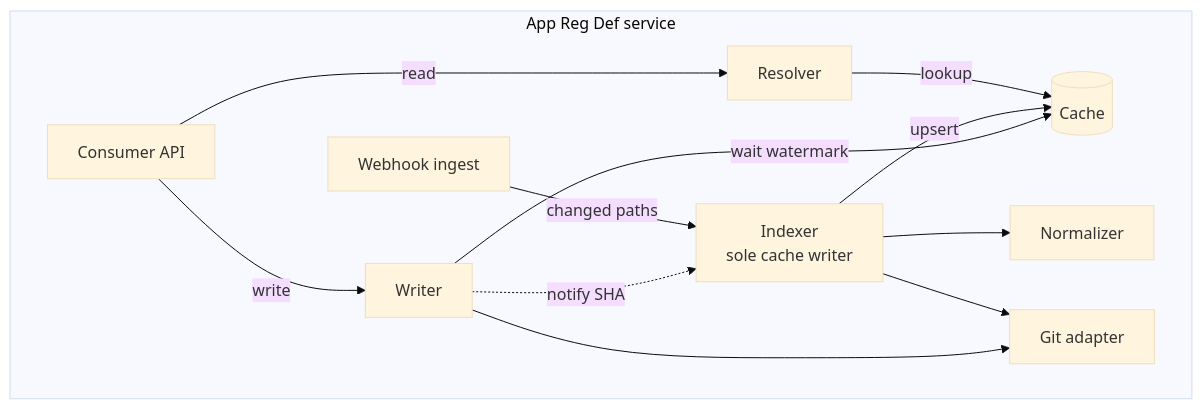
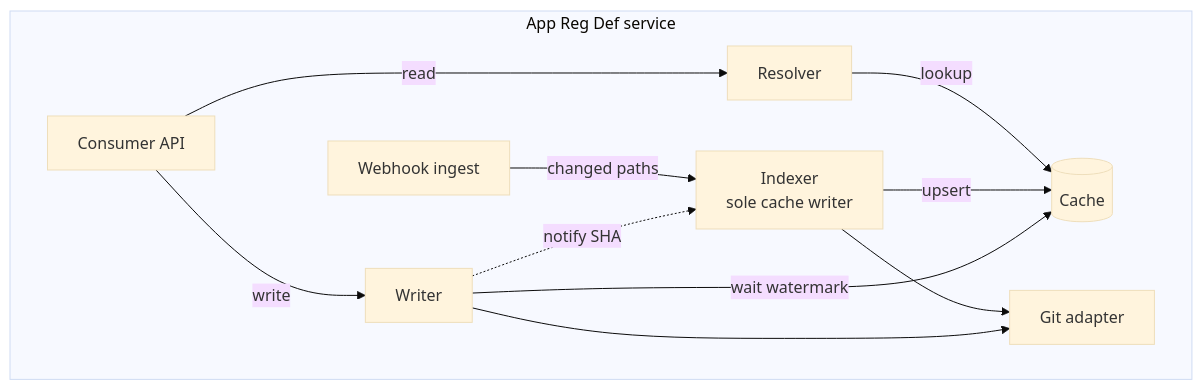
Before and after one commit to Netcracker/qubership-envgene: the second of 5 diagrams in docs/analysis/app-reg-def-service/design/architecture.md, drawn with Mermaid (base theme). The commit also changed other lines of this file and 1 other file, not shown here.

````diff
--- a/docs/analysis/app-reg-def-service/design/architecture.md
+++ b/docs/analysis/app-reg-def-service/design/architecture.md
@@ -31,23 +31,21 @@
 ```mermaid
 flowchart TB
   subgraph svc["App Reg Def service"]
     api["Consumer API"]
     wh["Webhook ingest"]
     resolver["Resolver"]
     cache[("Cache")]
     indexer["Indexer<br/>sole cache writer"]
     writer["Writer"]
-    norm["Normalizer"]
     gitad["Git adapter"]
   end
   api -->|read| resolver
   resolver -->|lookup| cache
   api -->|write| writer
   wh -->|changed paths| indexer
   indexer -->|upsert| cache
-  indexer --> norm
   indexer --> gitad
   writer --> gitad
   writer -->|wait watermark| cache
   writer -. "notify SHA" .-> indexer
 ```
````
